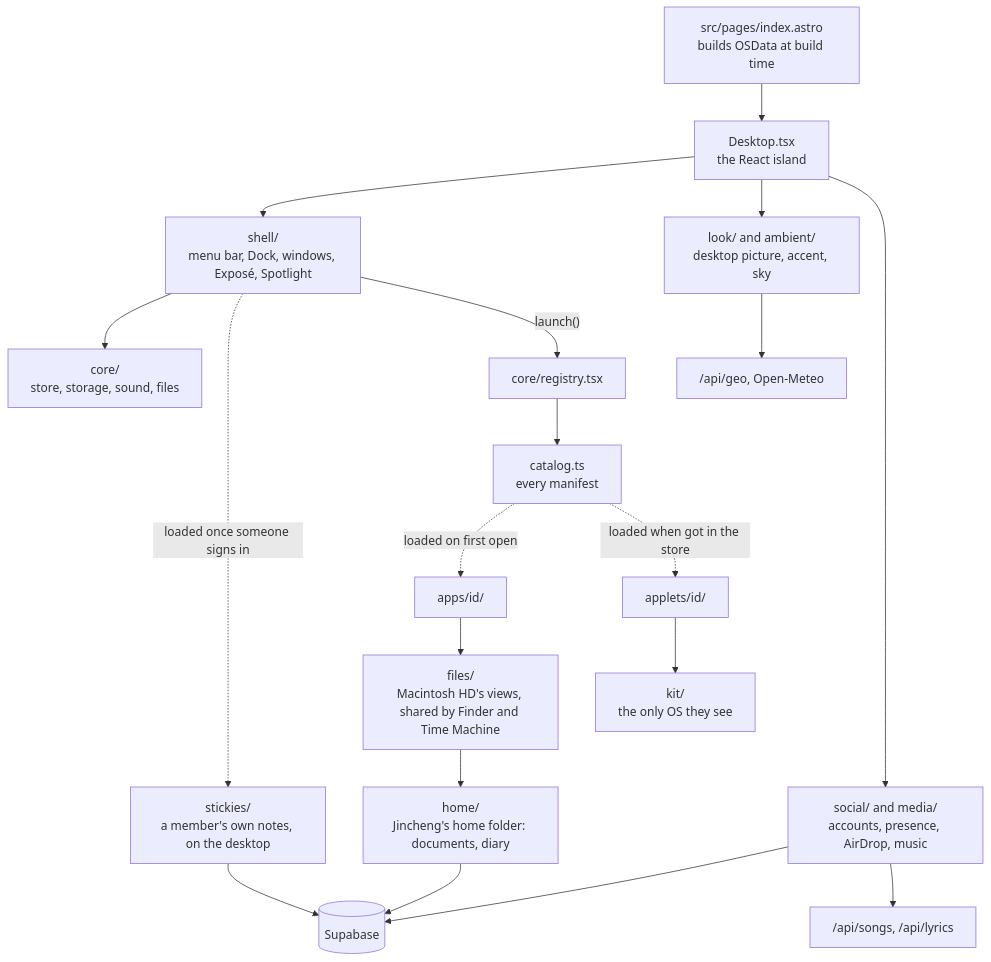
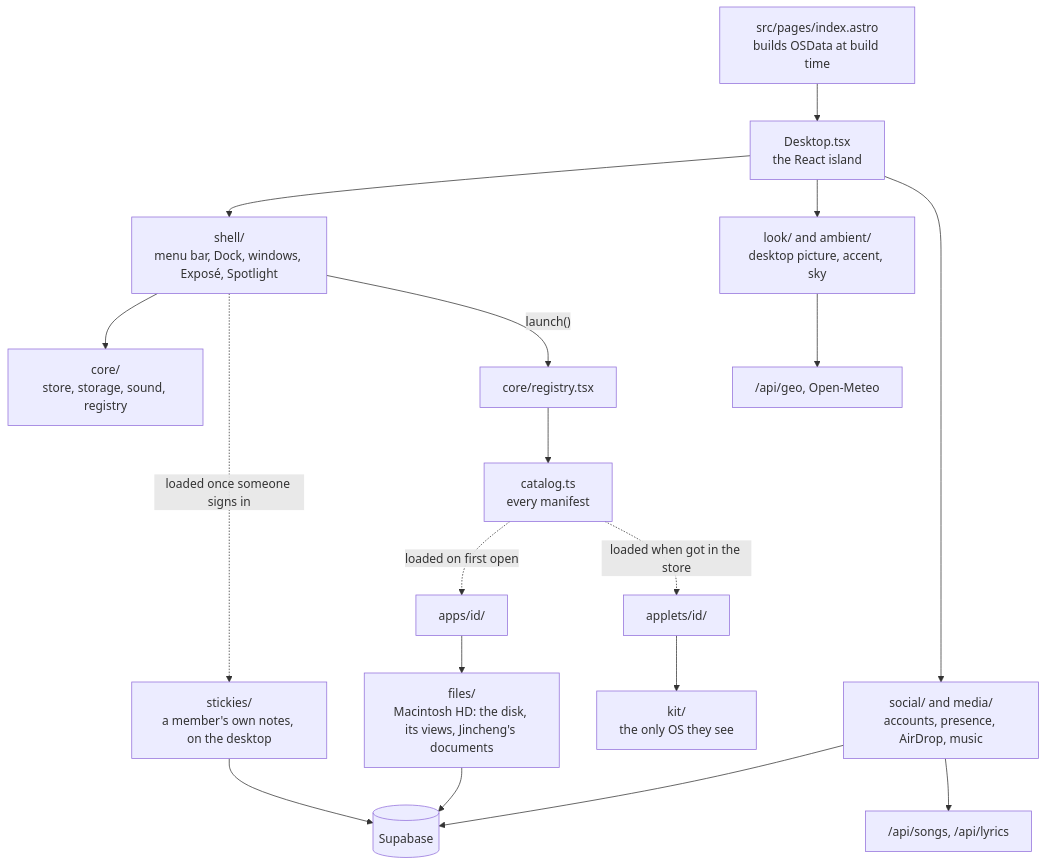
Before and after one commit to jma49/jcos: the diagram in docs/agents/desktop.md, drawn with Mermaid. The commit also changed other lines of this file and 104 other files, not shown here.

````diff
--- a/docs/agents/desktop.md
+++ b/docs/agents/desktop.md
@@ -16,21 +16,20 @@
 ```mermaid
 flowchart TD
   page["src/pages/index.astro<br/>builds OSData at build time"] --> desktop["Desktop.tsx<br/>the React island"]
   desktop --> shell["shell/<br/>menu bar, Dock, windows, Exposé, Spotlight"]
   desktop --> look["look/ and ambient/<br/>desktop picture, accent, sky"]
   desktop --> social["social/ and media/<br/>accounts, presence, AirDrop, music"]
-  shell --> core["core/<br/>store, storage, sound, files"]
+  shell --> core["core/<br/>store, storage, sound, registry"]
   shell -. "loaded once someone signs in" .-> stickies["stickies/<br/>a member's own notes, on the desktop"]
   shell -- "launch()" --> registry["core/registry.tsx"]
   registry --> catalog["catalog.ts<br/>every manifest"]
   catalog -. "loaded on first open" .-> apps["apps/id/"]
   catalog -. "loaded when got in the store" .-> applets["applets/id/"]
-  apps --> files["files/<br/>Macintosh HD's views, shared by Finder and Time Machine"]
-  files --> home["home/<br/>Jincheng's home folder: documents, diary"]
+  apps --> files["files/<br/>Macintosh HD: the disk, its views, Jincheng's documents"]
   applets --> kit["kit/<br/>the only OS they see"]
   social --> supabase[("Supabase")]
   stickies --> supabase
-  home --> supabase
+  files --> supabase
   social --> api["/api/songs, /api/lyrics"]
   look --> geo["/api/geo, Open-Meteo"]
 ```
````
